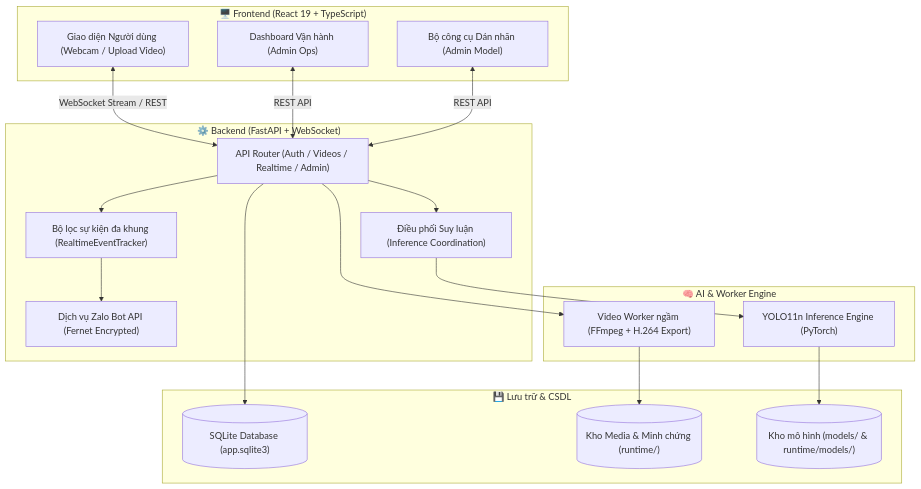
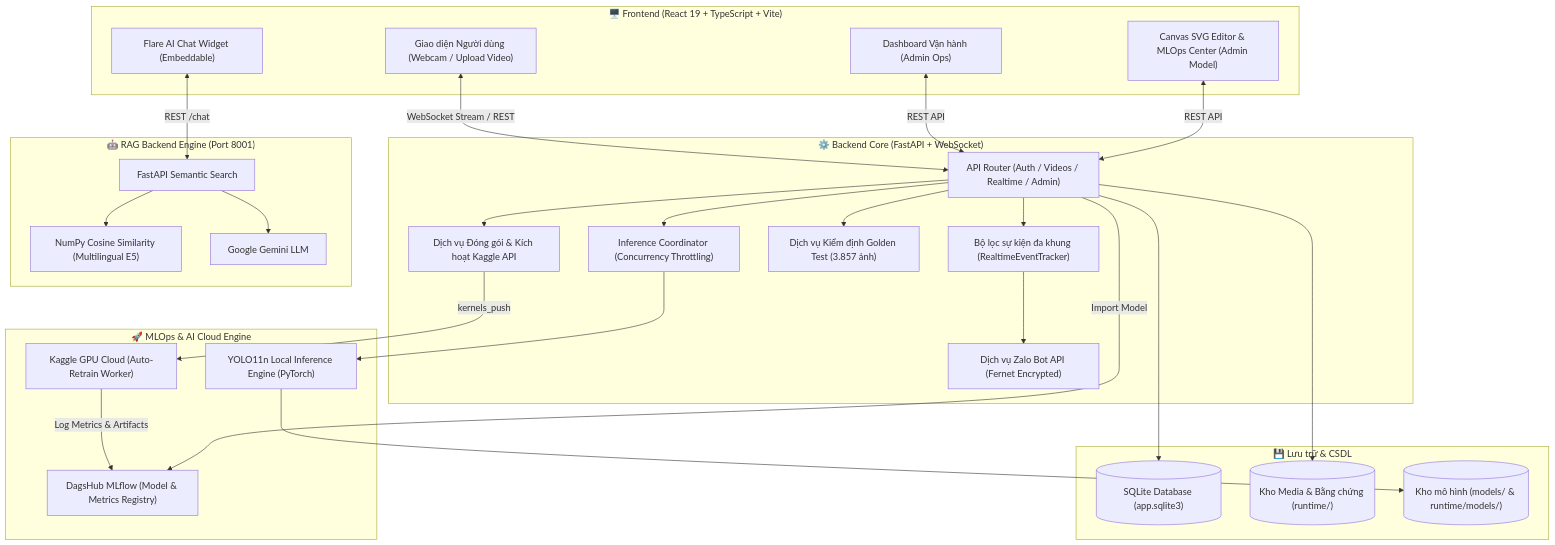
The first of 2 diagrams in README.md (NgThanhQuyen/Real_Time_Smoke_Fire_Detection_YOLO), drawn with Mermaid before and after one commit. The commit also changed other lines of this file and 159 other files, not shown here.

Commit message:
Complete MLOps and integrate Chat Flare AI

````diff
--- a/README.md
+++ b/README.md
@@ -34,40 +39,57 @@
 ```mermaid
 flowchart TD
-    subgraph Client["🖥️ Frontend (React 19 + TypeScript)"]
+    subgraph Client["🖥️ Frontend (React 19 + TypeScript + Vite)"]
         UI_User["Giao diện Người dùng (Webcam / Upload Video)"]
         UI_Ops["Dashboard Vận hành (Admin Ops)"]
-        UI_Model["Bộ công cụ Dán nhãn (Admin Model)"]
+        UI_Model["Canvas SVG Editor & MLOps Center (Admin Model)"]
+        Widget["Flare AI Chat Widget (Embeddable)"]
     end
 
-    subgraph Server["⚙️ Backend (FastAPI + WebSocket)"]
+    subgraph Server["⚙️ Backend Core (FastAPI + WebSocket)"]
         Router["API Router (Auth / Videos / Realtime / Admin)"]
-        Coord["Điều phối Suy luận (Inference Coordination)"]
+        Coord["Inference Coordinator (Concurrency Throttling)"]
         Tracker["Bộ lọc sự kiện đa khung (RealtimeEventTracker)"]
         ZaloService["Dịch vụ Zalo Bot API (Fernet Encrypted)"]
+        BenchService["Dịch vụ Kiểm định Golden Test (3.857 ảnh)"]
+        RetrainService["Dịch vụ Đóng gói & Kích hoạt Kaggle API"]
     end
 
-    subgraph Engine["🧠 AI & Worker Engine"]
-        YOLO["YOLO11n Inference Engine (PyTorch)"]
-        Worker["Video Worker ngầm (FFmpeg + H.264 Export)"]
+    subgraph MLOps["🚀 MLOps & AI Cloud Engine"]
+        YOLO["YOLO11n Local Inference Engine (PyTorch)"]
+        Kaggle["Kaggle GPU Cloud (Auto-Retrain Worker)"]
+        MLflow["DagsHub MLflow (Model & Metrics Registry)"]
+    end
+
+    subgraph RAG_Service["🤖 RAG Backend Engine (Port 8001)"]
+        RAG_API["FastAPI Semantic Search"]
+        VectorDB["NumPy Cosine Similarity (Multilingual E5)"]
+        Gemini["Google Gemini LLM"]
     end
 
     subgraph Storage["💾 Lưu trữ & CSDL"]
         DB[("SQLite Database (app.sqlite3)")]
-        Media[("Kho Media & Minh chứng (runtime/)")]
+        Media[("Kho Media & Bằng chứng (runtime/)")]
         ModelRepo[("Kho mô hình (models/ & runtime/models/)")]
     end
 
     UI_User <-->|WebSocket Stream / REST| Router
     UI_Ops <-->|REST API| Router
     UI_Model <-->|REST API| Router
+    Widget <-->|REST /chat| RAG_API
 
-    Router --> Coord
-    Coord --> YOLO
-    Router --> Tracker
-    Tracker --> ZaloService
-    Router --> Worker
+    Router --> Coord --> YOLO
+    Router --> Tracker --> ZaloService
+    Router --> BenchService
+    Router --> RetrainService
 
-    Worker --> Media
+    RetrainService -->|kernels_push| Kaggle
+    Kaggle -->|Log Metrics & Artifacts| MLflow
+    Router -->|Import Model| MLflow
+
+    RAG_API --> VectorDB
+    RAG_API --> Gemini
+
     Router --> DB
+    Router --> Media
     YOLO --> ModelRepo
 ```
````
